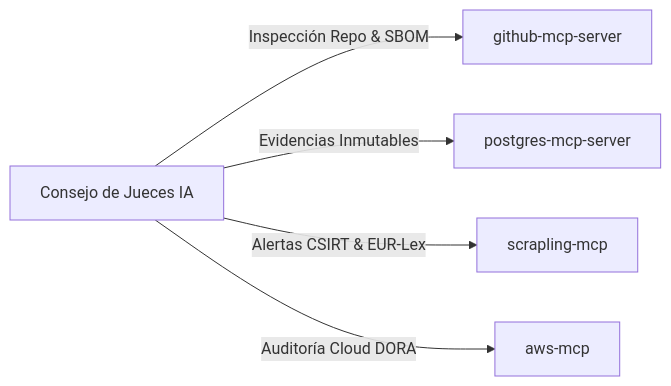
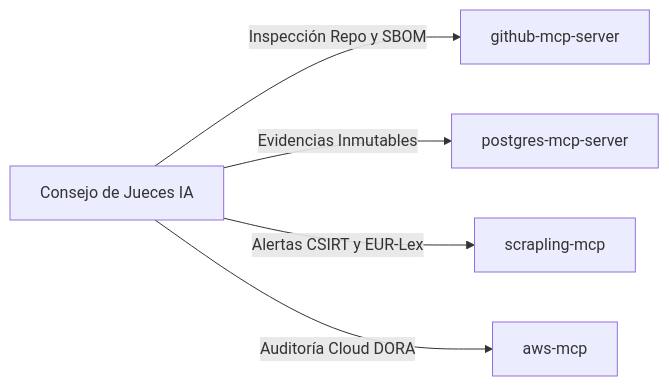
The diagram in Compliance-as-Code Live Mesh/MCP_INTEGRATION.md (Tardigrado-76/Capgemini), drawn with Mermaid before and after one commit. The commit also changed 11 other files, not shown here.

Commit message:
fix(docs): sanitize Mermaid diagram edge labels across all projects to ensure 100% GitHub rendering

````diff
--- a/Compliance-as-Code Live Mesh/MCP_INTEGRATION.md
+++ b/Compliance-as-Code Live Mesh/MCP_INTEGRATION.md
@@ -47,7 +47,7 @@
 ```mermaid
 graph LR
-    Council["Consejo de Jueces IA"] -->|Inspección Repo & SBOM| GH["github-mcp-server"]
+    Council["Consejo de Jueces IA"] -->|Inspección Repo y SBOM| GH["github-mcp-server"]
     Council -->|Evidencias Inmutables| PG["postgres-mcp-server"]
-    Council -->|Alertas CSIRT & EUR-Lex| SC["scrapling-mcp"]
+    Council -->|Alertas CSIRT y EUR-Lex| SC["scrapling-mcp"]
     Council -->|Auditoría Cloud DORA| AWS["aws-mcp"]
 ```
````
